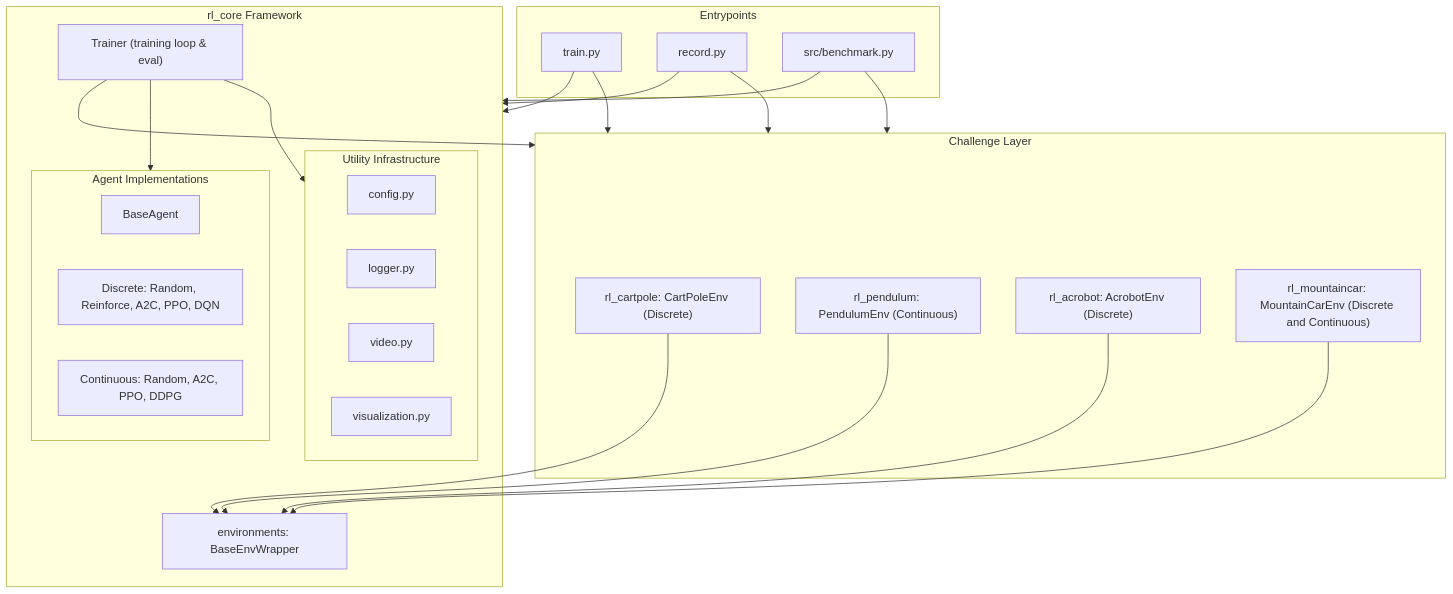
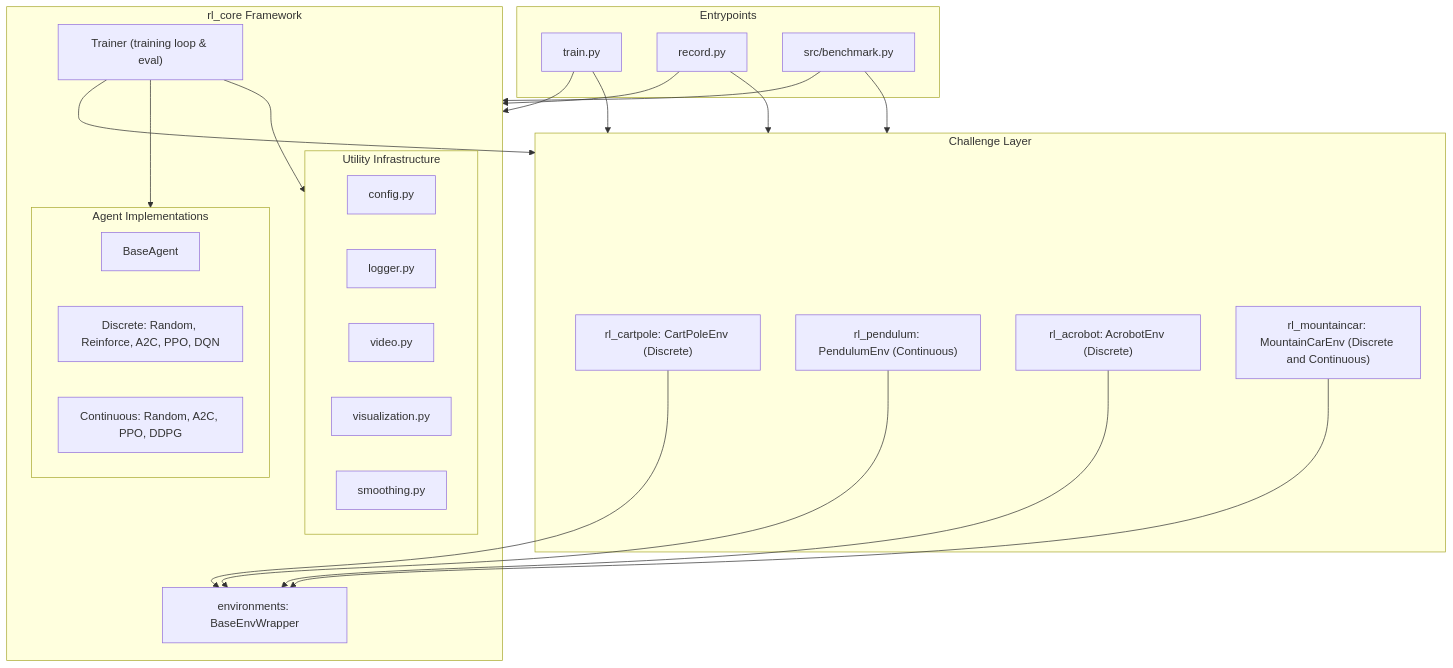
Before and after one commit to andreijw/AI: the first of 3 diagrams in ARCHITECTURE.md, drawn with Mermaid. The commit also changed other lines of this file and 21 other files, not shown here.

````diff
--- a/ARCHITECTURE.md
+++ b/ARCHITECTURE.md
@@ -91,48 +92,49 @@
 ```mermaid
 flowchart TD
     subgraph CLI ["Entrypoints"]
         Train["train.py"]
         Record["record.py"]
         Bench["src/benchmark.py"]
     end
 
     subgraph Challenges ["Challenge Layer"]
         CartPole["rl_cartpole: CartPoleEnv (Discrete)"]
         Pendulum["rl_pendulum: PendulumEnv (Continuous)"]
         Acrobot["rl_acrobot: AcrobotEnv (Discrete)"]
         MountainCar["rl_mountaincar: MountainCarEnv (Discrete and Continuous)"]
     end
 
     subgraph Core ["rl_core Framework"]
         Trainer["Trainer (training loop & eval)"]
         
         subgraph Agents ["Agent Implementations"]
             BaseAgent["BaseAgent"]
             DiscreteAgents["Discrete: Random, Reinforce, A2C, PPO, DQN"]
             ContinuousAgents["Continuous: Random, A2C, PPO, DDPG"]
         end
 
         EnvBase["environments: BaseEnvWrapper"]
 
         subgraph Utils ["Utility Infrastructure"]
             Config["config.py"]
             Logger["logger.py"]
             Video["video.py"]
             Viz["visualization.py"]
+            Smooth["smoothing.py"]
         end
     end
 
     Train --> Core
     Record --> Core
     Bench --> Core
     Train --> Challenges
     Record --> Challenges
     Bench --> Challenges
     Trainer --> Challenges
     Trainer --> Agents
     Trainer --> Utils
     CartPole --> EnvBase
     Pendulum --> EnvBase
     Acrobot --> EnvBase
     MountainCar --> EnvBase
 ```
````
